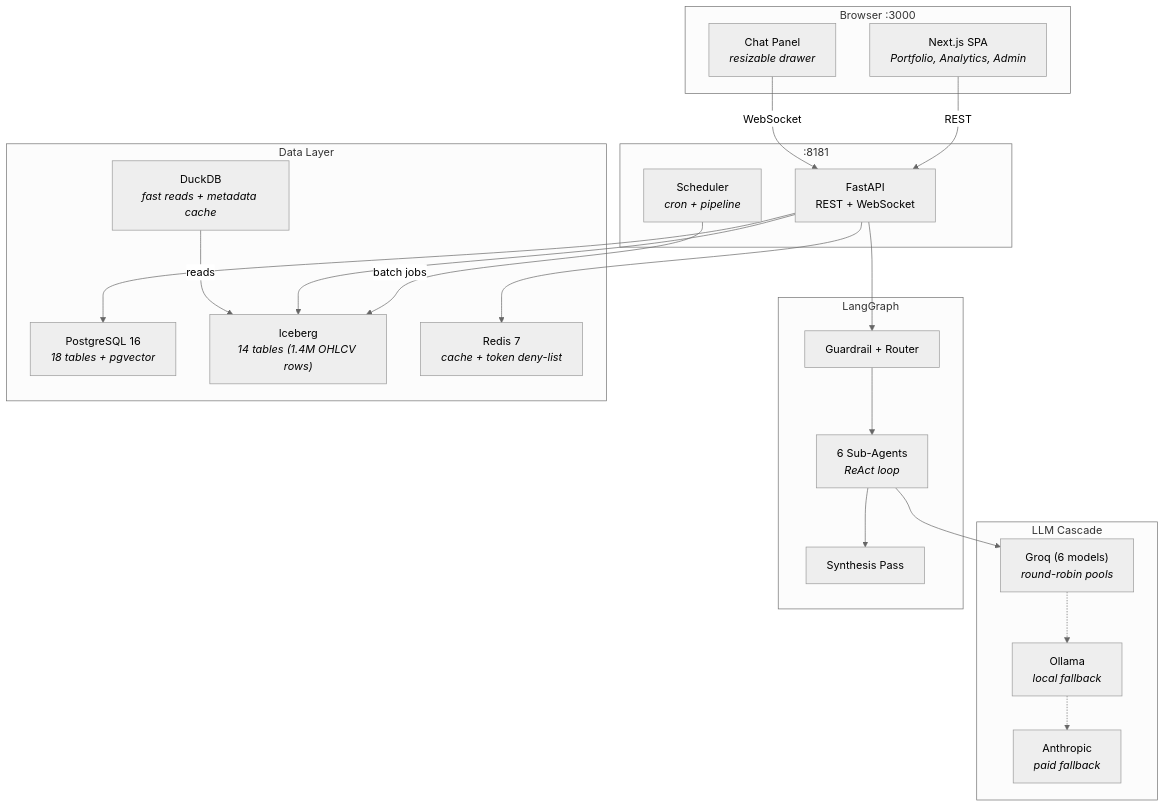
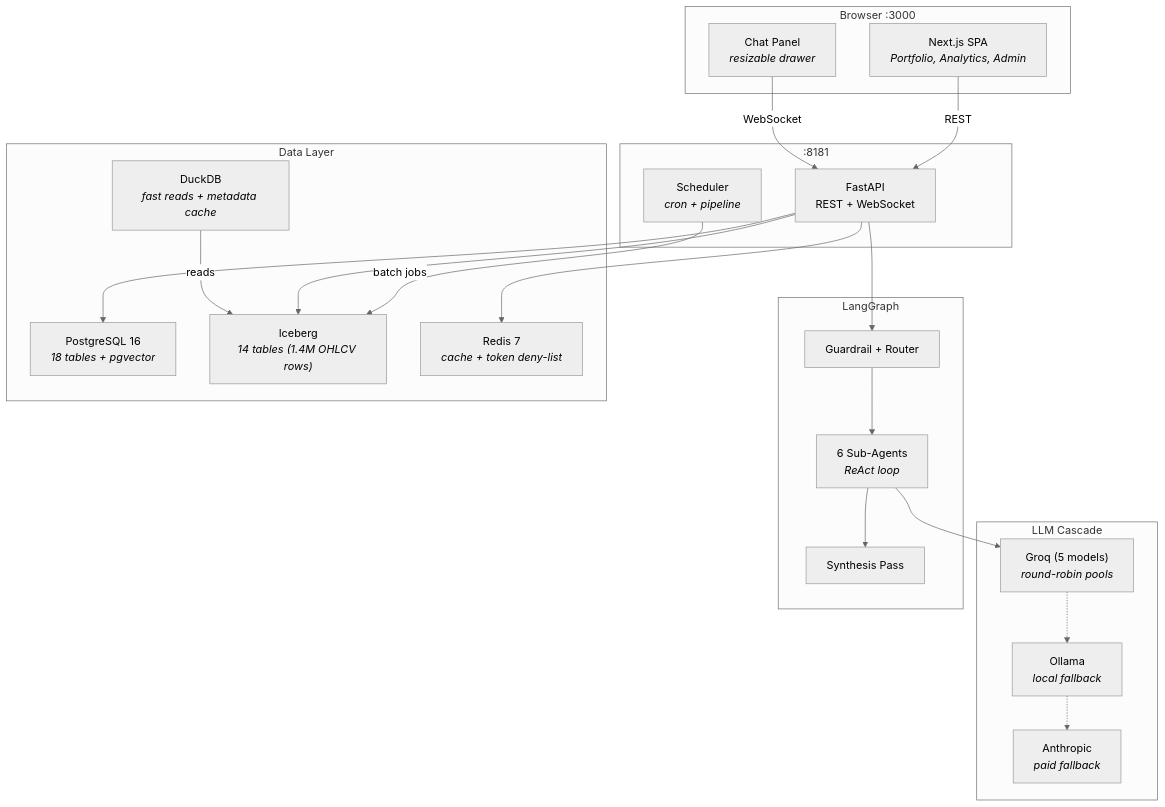
Before and after one commit to asequitytrading-design/ai-agent-ui: the first of 4 diagrams in README.md, drawn with Mermaid (neutral theme). The commit also changed other lines of this file and 267 other files, not shown here.

````diff
--- a/README.md
+++ b/README.md
@@ -76,39 +85,39 @@
 ```mermaid
 graph TD
     subgraph Browser["Browser :3000"]
         UI["Next.js SPA<br/><i>Portfolio, Analytics, Admin</i>"]
         Chat["Chat Panel<br/><i>resizable drawer</i>"]
     end
 
     subgraph Backend[":8181"]
         API["FastAPI<br/>REST + WebSocket"]
         SCH["Scheduler<br/><i>cron + pipeline</i>"]
     end
 
     subgraph LLM["LLM Cascade"]
-        GROQ["Groq (6 models)<br/><i>round-robin pools</i>"]
+        GROQ["Groq (5 models)<br/><i>round-robin pools</i>"]
         OLL["Ollama<br/><i>local fallback</i>"]
         ANT["Anthropic<br/><i>paid fallback</i>"]
     end
 
     subgraph Agents["LangGraph"]
         GD["Guardrail + Router"]
         SA["6 Sub-Agents<br/><i>ReAct loop</i>"]
         SYN["Synthesis Pass"]
     end
 
     subgraph Data["Data Layer"]
         PG["PostgreSQL 16<br/><i>18 tables + pgvector</i>"]
         IC["Iceberg<br/><i>14 tables (1.4M OHLCV rows)</i>"]
         DK["DuckDB<br/><i>fast reads + metadata cache</i>"]
         RD["Redis 7<br/><i>cache + token deny-list</i>"]
     end
 
     UI -->|REST| API
     Chat -->|WebSocket| API
     API --> GD --> SA --> SYN
     SA --> GROQ -.-> OLL -.-> ANT
     SCH -->|batch jobs| IC
     API --> PG & IC & RD
     DK -->|reads| IC
 ```
````
